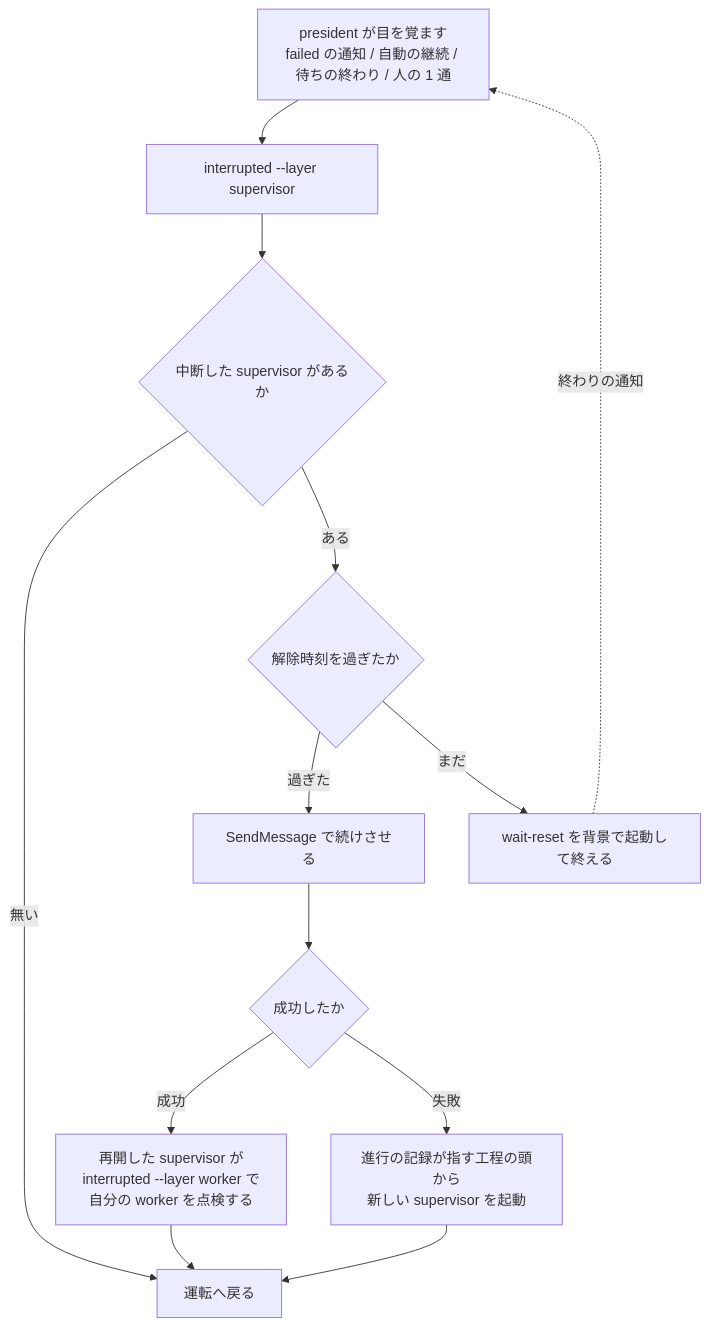
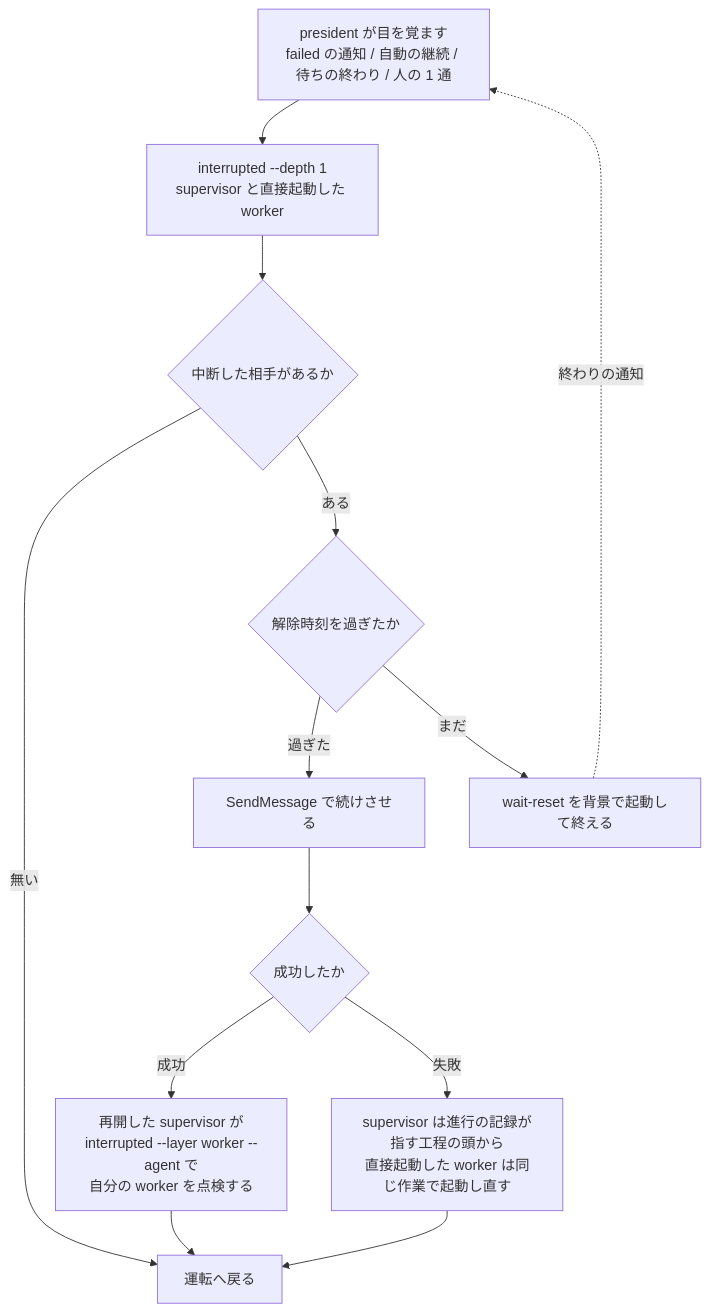
Before and after one commit to devbasex/ai-plugins: the sixth of 6 diagrams in issues/issue-550-657-design.md, drawn with Mermaid. The commit also changed 1 other file, not shown here.

Commit message:
Docs: 5 回目の反映の残り（図と受け入れ条件）を入れる（#550 #657）
- 中断の点検の図を --depth 1 に揃え、失敗の後段を層で分けた
- AC5 の「上限の回数」を 3 回と具体値にし、AC36 に合算の行を書いた

````diff
--- a/issues/issue-550-657-design.md
+++ b/issues/issue-550-657-design.md
@@ -424,15 +424,15 @@
 ```mermaid
 flowchart TD
-    A[president が目を覚ます<br/>failed の通知 / 自動の継続 / 待ちの終わり / 人の 1 通] --> B[interrupted --layer supervisor]
-    B --> C{中断した supervisor があるか}
+    A[president が目を覚ます<br/>failed の通知 / 自動の継続 / 待ちの終わり / 人の 1 通] --> B[interrupted --depth 1<br/>supervisor と直接起動した worker]
+    B --> C{中断した相手があるか}
     C -->|無い| Z[運転へ戻る]
     C -->|ある| D{解除時刻を過ぎたか}
     D -->|過ぎた| E[SendMessage で続けさせる]
     D -->|まだ| F[wait-reset を背景で起動して終える]
     E --> G{成功したか}
-    G -->|成功| H[再開した supervisor が<br/>interrupted --layer worker で<br/>自分の worker を点検する]
-    G -->|失敗| I[進行の記録が指す工程の頭から<br/>新しい supervisor を起動]
+    G -->|成功| H[再開した supervisor が<br/>interrupted --layer worker --agent で<br/>自分の worker を点検する]
+    G -->|失敗| I[supervisor は進行の記録が指す工程の頭から<br/>直接起動した worker は同じ作業で起動し直す]
     H --> Z
     I --> Z
     F -.終わりの通知.-> A
 ```
````
